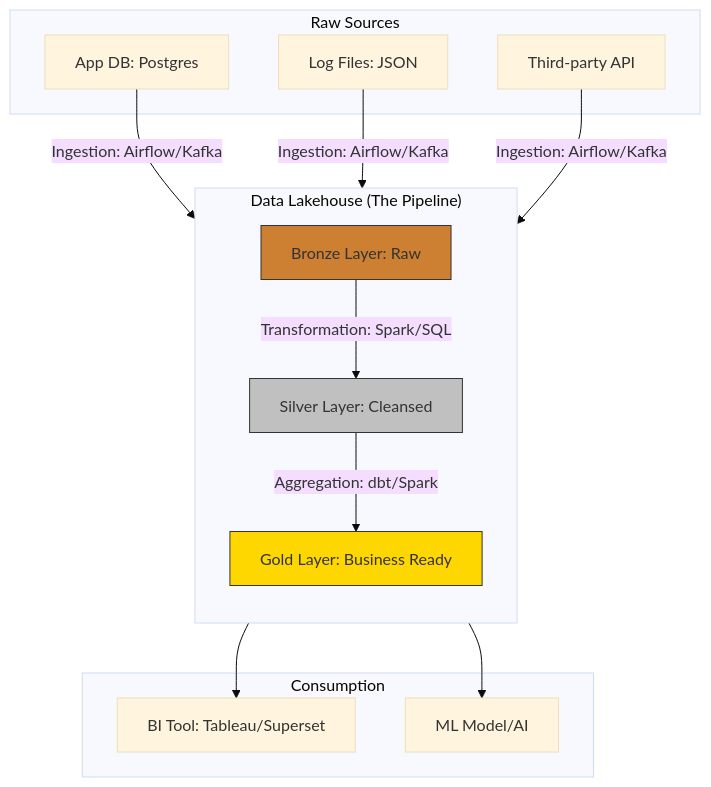
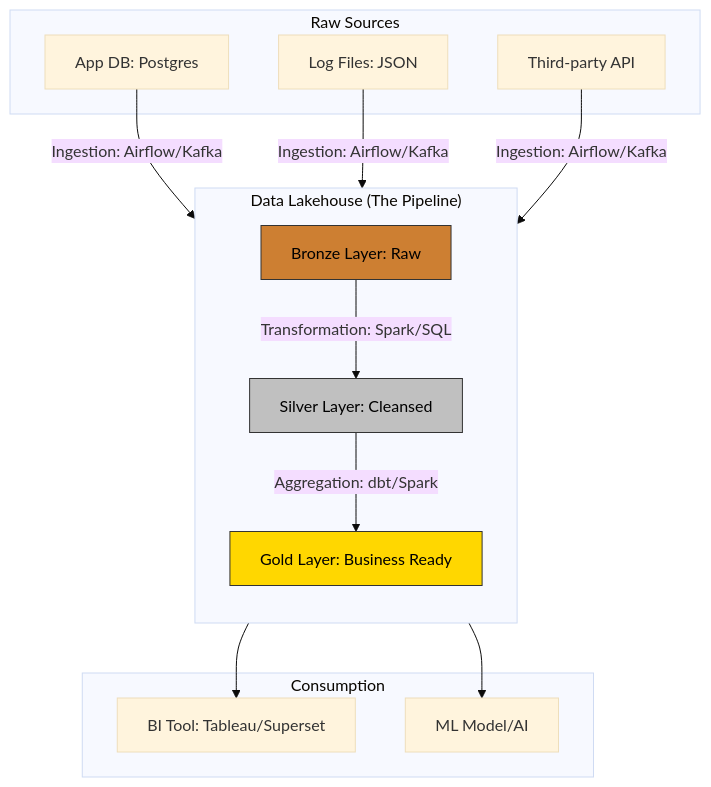
One commit to urinamu10/urinamu10.github.io changed the diagram in _posts/2026-03-20-Day102.md. Above: the diagram before and after it, drawn with Mermaid (base theme). The commit also changed other lines of this file and 1 other file, not shown here.

````diff
--- a/_posts/2026-03-20-Day102.md
+++ b/_posts/2026-03-20-Day102.md
@@ -23,28 +23,29 @@
 ```mermaid
 graph TD
     subgraph "Raw Sources"
         S1[App DB: Postgres]
         S2[Log Files: JSON]
         S3[Third-party API]
     end
 
     subgraph "Data Lakehouse (The Pipeline)"
         direction TB
-        B[Bronze Layer: Raw]
-        Si[Silver Layer: Cleansed]
-        G[Gold Layer: Business Ready]
+        B["Bronze Layer: Raw"]
+        Si["Silver Layer: Cleansed"]
+        G["Gold Layer: Business Ready"]
     end
 
     S1 & S2 & S3 -->|Ingestion: Airflow/Kafka| B
     B -->|Transformation: Spark/SQL| Si
     Si -->|Aggregation: dbt/Spark| G
 
     subgraph "Consumption"
         G --> BI[BI Tool: Tableau/Superset]
         G --> ML[ML Model/AI]
     end
 
-    style B fill:#cd7f32,stroke:#333
-    style Si fill:#c0c0c0,stroke:#333
-    style G fill:#ffd700,stroke:#333
+    %% 스타일 정의: 글자 색상을 검은색(#000)으로 설정
+    style B fill:#cd7f32,stroke:#333,color:#000
+    style Si fill:#c0c0c0,stroke:#333,color:#000
+    style G fill:#ffd700,stroke:#333,color:#000
 ```
````
